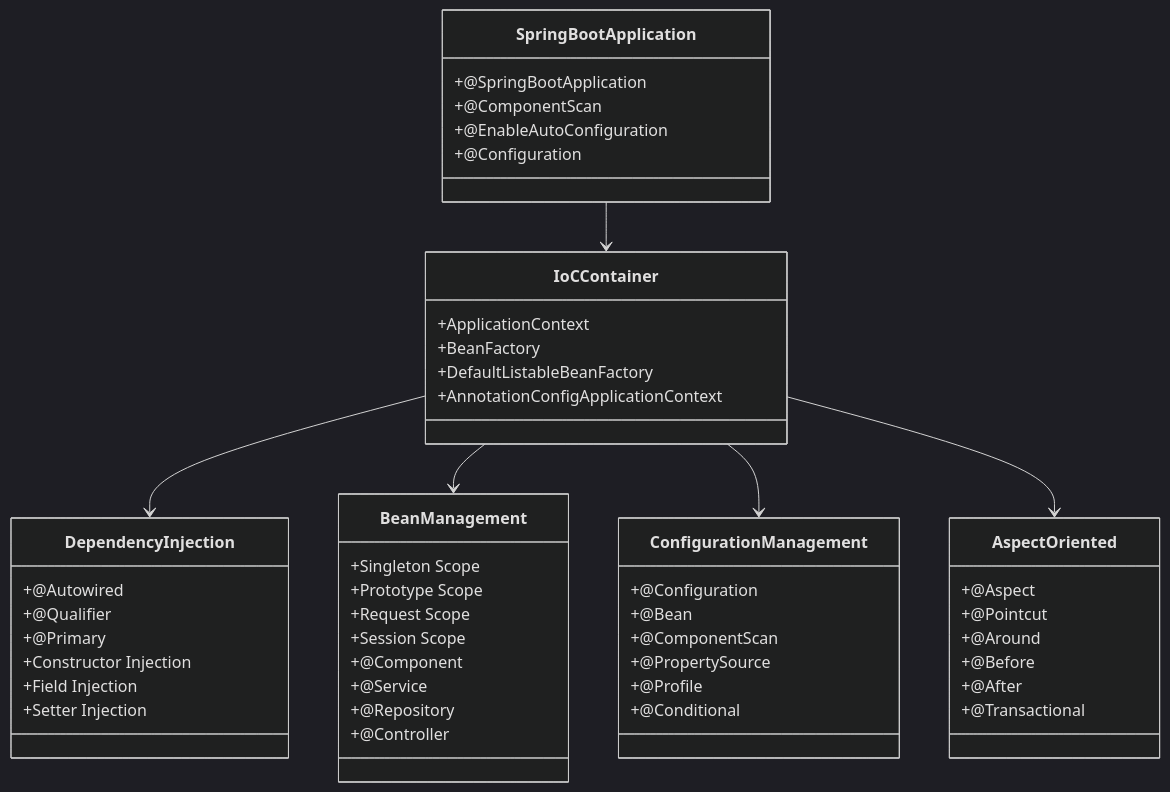
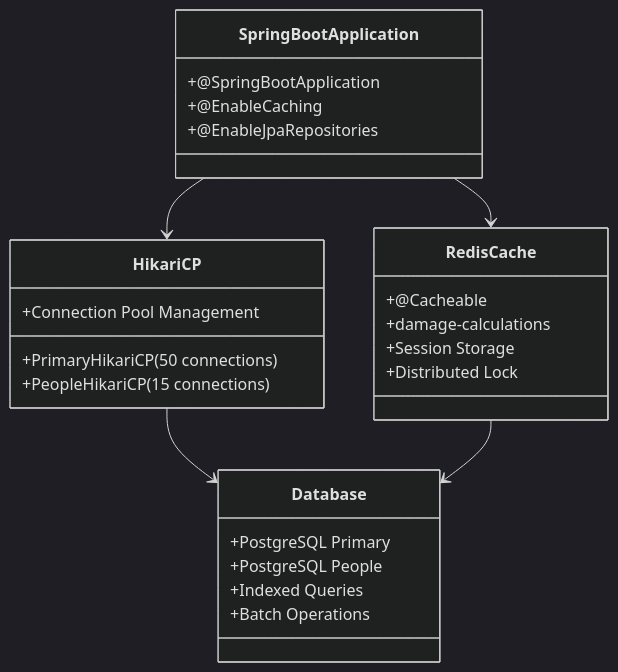
Before and after one commit to Vinskao/ty-multiverse-backend: the first of 10 diagrams in README.md, drawn with Mermaid (dark theme). The commit also changed other lines of this file and 6 other files, not shown here.

````diff
--- a/README.md
+++ b/README.md
@@ -52,60 +7,33 @@
 ```mermaid
 classDiagram
     class SpringBootApplication {
         +@SpringBootApplication
-        +@ComponentScan
-        +@EnableAutoConfiguration
-        +@Configuration
+        +@EnableCaching
+        +@EnableJpaRepositories
     }
     
-    class IoCContainer {
-        +ApplicationContext
-        +BeanFactory
-        +DefaultListableBeanFactory
-        +AnnotationConfigApplicationContext
+    class HikariCP {
+        +PrimaryHikariCP (50 connections)
+        +PeopleHikariCP (15 connections)
+        +Connection Pool Management
     }
     
-    class DependencyInjection {
-        +@Autowired
-        +@Qualifier
-        +@Primary
-        +Constructor Injection
-        +Field Injection
-        +Setter Injection
+    class RedisCache {
+        +@Cacheable
+        +damage-calculations
+        +Session Storage
+        +Distributed Lock
     }
     
-    class BeanManagement {
-        +Singleton Scope
-        +Prototype Scope
-        +Request Scope
-        +Session Scope
-        +@Component
-        +@Service
-        +@Repository
-        +@Controller
+    class Database {
+        +PostgreSQL Primary
+        +PostgreSQL People
+        +Indexed Queries
+        +Batch Operations
     }
     
-    class ConfigurationManagement {
-        +@Configuration
-        +@Bean
-        +@ComponentScan
-        +@PropertySource
-        +@Profile
-        +@Conditional
-    }
-    
-    class AspectOriented {
-        +@Aspect
-        +@Pointcut
-        +@Around
-        +@Before
-        +@After
-        +@Transactional
-    }
-    
-    SpringBootApplication --> IoCContainer
-    IoCContainer --> DependencyInjection
-    IoCContainer --> BeanManagement
-    IoCContainer --> ConfigurationManagement
-    IoCContainer --> AspectOriented
+    SpringBootApplication --> HikariCP
+    SpringBootApplication --> RedisCache
+    HikariCP --> Database
+    RedisCache --> Database
 ```
````
